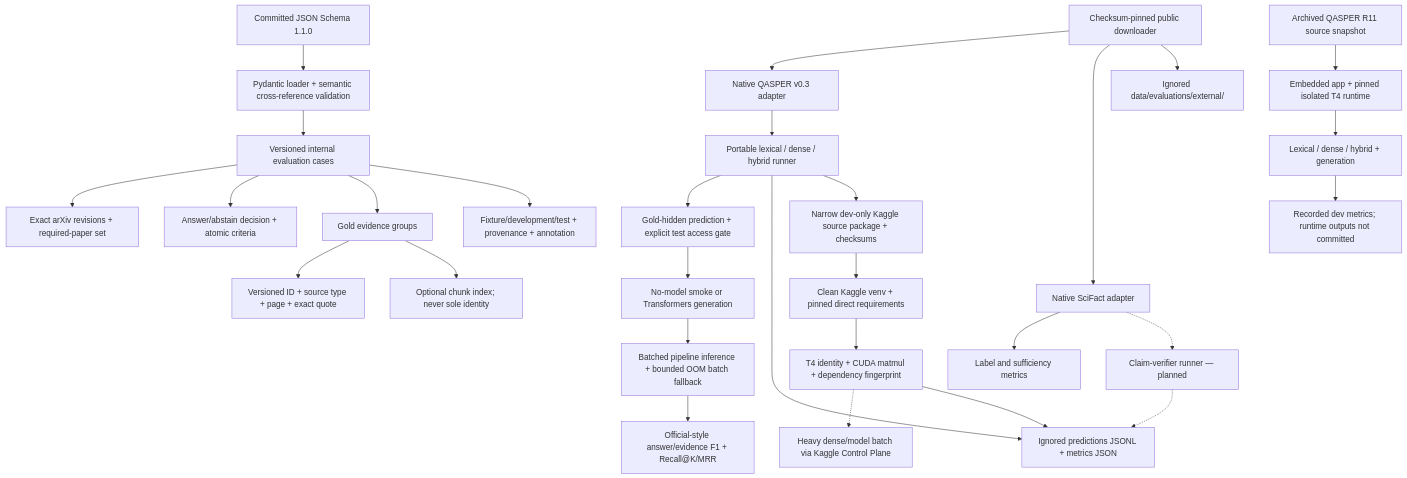
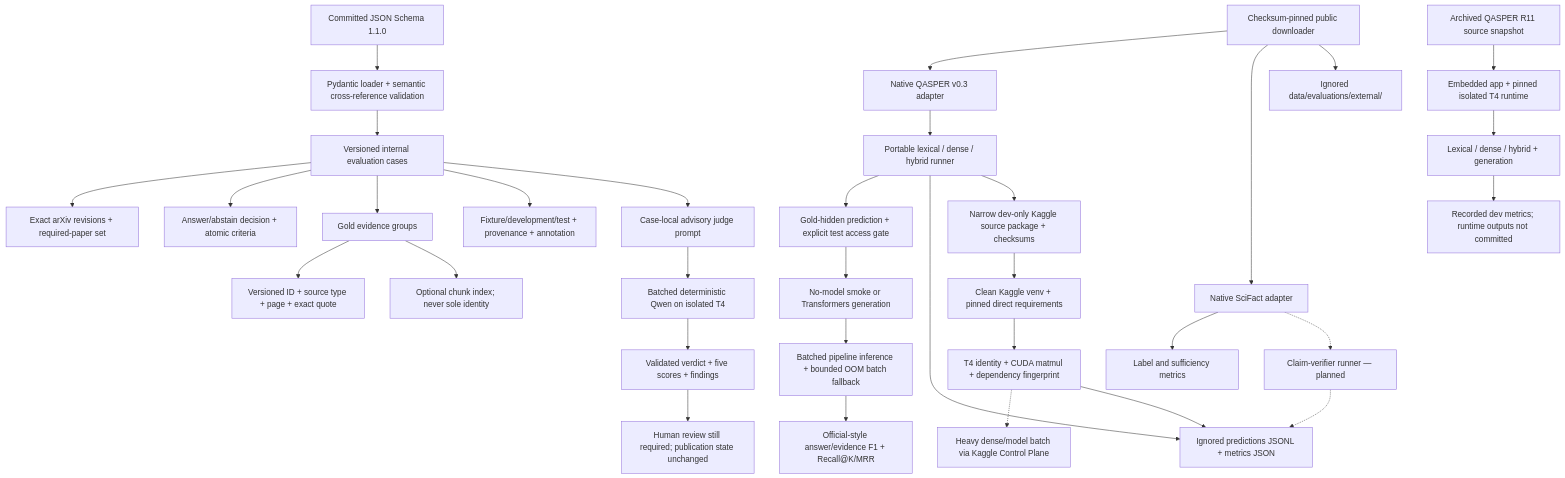
Diagram 11 of 11 in docs/SYSTEM_VISUALIZATION.md (TQC0103/scientific-research-agent), drawn with Mermaid before and after one commit. The commit also changed other lines of this file and 19 other files, not shown here.

````diff
--- a/docs/SYSTEM_VISUALIZATION.md
+++ b/docs/SYSTEM_VISUALIZATION.md
@@ -267,33 +268,38 @@
 ```mermaid
 flowchart TD
     SCHEMA["Committed JSON Schema 1.1.0"] --> LOADER["Pydantic loader + semantic cross-reference validation"]
     LOADER --> CASES["Versioned internal evaluation cases"]
     CASES --> PAPERS["Exact arXiv revisions + required-paper set"]
     CASES --> EXPECTED["Answer/abstain decision + atomic criteria"]
     CASES --> GOLD["Gold evidence groups"]
     CASES --> PROVENANCE["Fixture/development/test + provenance + annotation"]
     GOLD --> ANCHOR["Versioned ID + source type + page + exact quote"]
     GOLD --> OPTIONAL["Optional chunk index; never sole identity"]
+
+    CASES --> JUDGEPROMPT["Case-local advisory judge prompt"]
+    JUDGEPROMPT --> JUDGEMODEL["Batched deterministic Qwen on isolated T4"]
+    JUDGEMODEL --> JUDGEJSON["Validated verdict + five scores + findings"]
+    JUDGEJSON --> HUMAN["Human review still required; publication state unchanged"]
 
     DOWNLOAD["Checksum-pinned public downloader"] --> QASPER["Native QASPER v0.3 adapter"]
     DOWNLOAD --> SCIFACT["Native SciFact adapter"]
     QASPER --> RUNNER["Portable lexical / dense / hybrid runner"]
     RUNNER --> GUARD["Gold-hidden prediction + explicit test access gate"]
     GUARD --> GENERATOR["No-model smoke or Transformers generation"]
     GENERATOR --> BATCH["Batched pipeline inference + bounded OOM batch fallback"]
     BATCH --> METRICS["Official-style answer/evidence F1 + Recall@K/MRR"]
     SCIFACT --> METRICS2["Label and sufficiency metrics"]
     DOWNLOAD --> RUNTIME["Ignored data/evaluations/external/"]
 
     RUNNER --> OUTPUTS["Ignored predictions JSONL + metrics JSON"]
     RUNNER --> PACKAGE["Narrow dev-only Kaggle source package + checksums"]
     PACKAGE --> VENV["Clean Kaggle venv + pinned direct requirements"]
     VENV --> PREFLIGHT["T4 identity + CUDA matmul + dependency fingerprint"]
     PREFLIGHT -.-> KAGGLE["Heavy dense/model batch via Kaggle Control Plane"]
     PREFLIGHT --> OUTPUTS
     R11["Archived QASPER R11 source snapshot"] --> R11ENV["Embedded app + pinned isolated T4 runtime"]
     R11ENV --> R11RUN["Lexical / dense / hybrid + generation"]
     R11RUN --> R11RESULT["Recorded dev metrics; runtime outputs not committed"]
     SCIFACT -.-> FUTURE["Claim-verifier runner — planned"]
     FUTURE -.-> OUTPUTS
 ```
````
